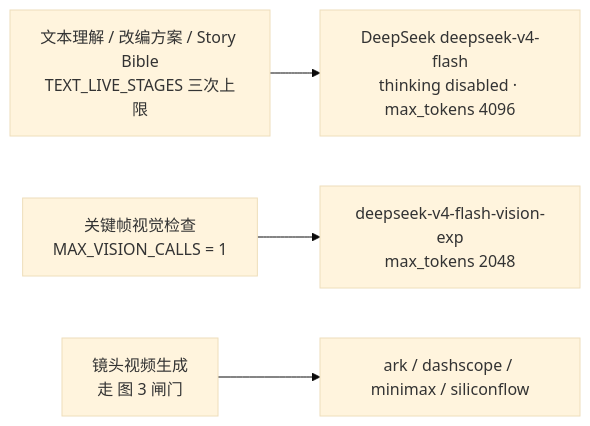
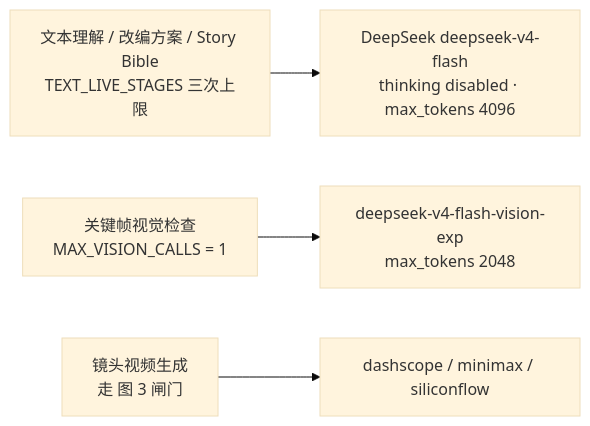
Diagram 18 of 22 in docs/visioncraft-diagrams.md (Bamzzo/VisionCraft), drawn with Mermaid (base theme) before and after one commit. The commit also changed other lines of this file and 3 other files, not shown here.

First line of the commit message:
docs: 落档 P5-B-1/B-2、ark 线收敛、终测基线与图集

````diff
--- a/docs/visioncraft-diagrams.md
+++ b/docs/visioncraft-diagrams.md
@@ -573,6 +582,6 @@
 ```mermaid
 flowchart LR
   T1["文本理解 / 改编方案 / Story Bible<br/>TEXT_LIVE_STAGES 三次上限"] --> L["DeepSeek deepseek-v4-flash<br/>thinking disabled · max_tokens 4096"]
   T2["关键帧视觉检查<br/>MAX_VISION_CALLS = 1"] --> L2["deepseek-v4-flash-vision-exp<br/>max_tokens 2048"]
-  T3["镜头视频生成<br/>走 图 3 闸门"] --> L3["ark / dashscope / minimax / siliconflow"]
+  T3["镜头视频生成<br/>走 图 3 闸门"] --> L3["dashscope / minimax / siliconflow"]
 ```
````
